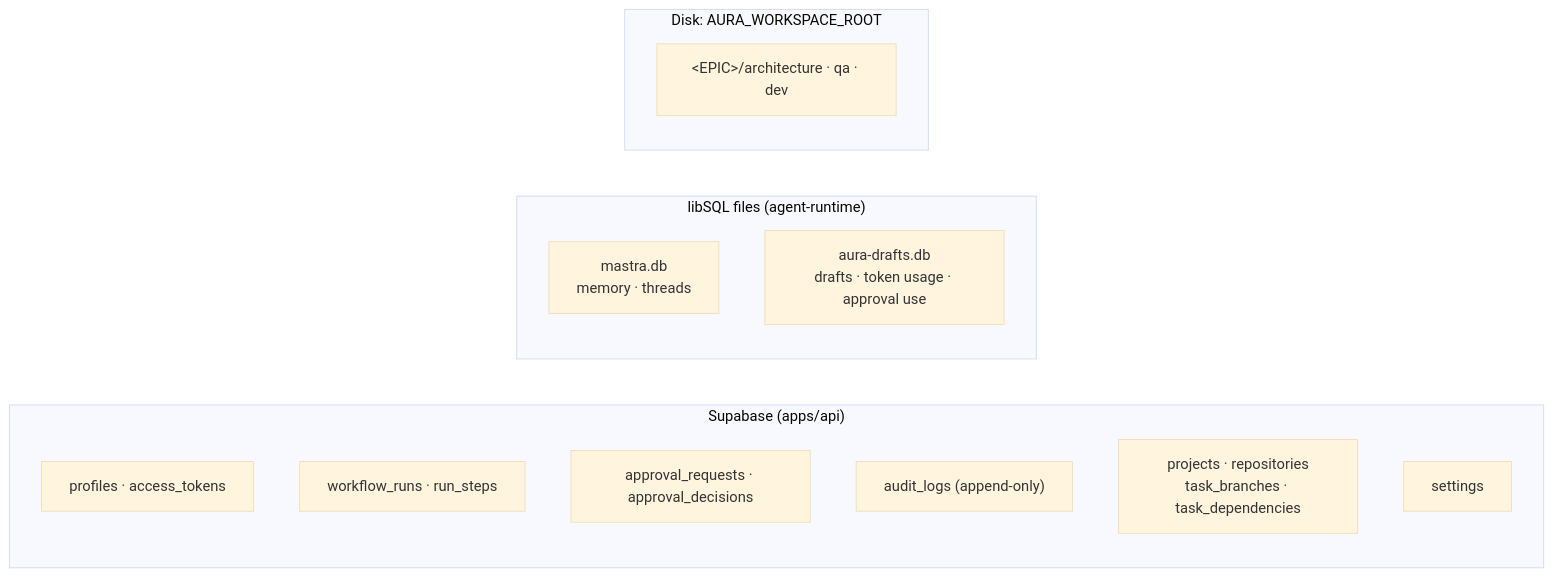
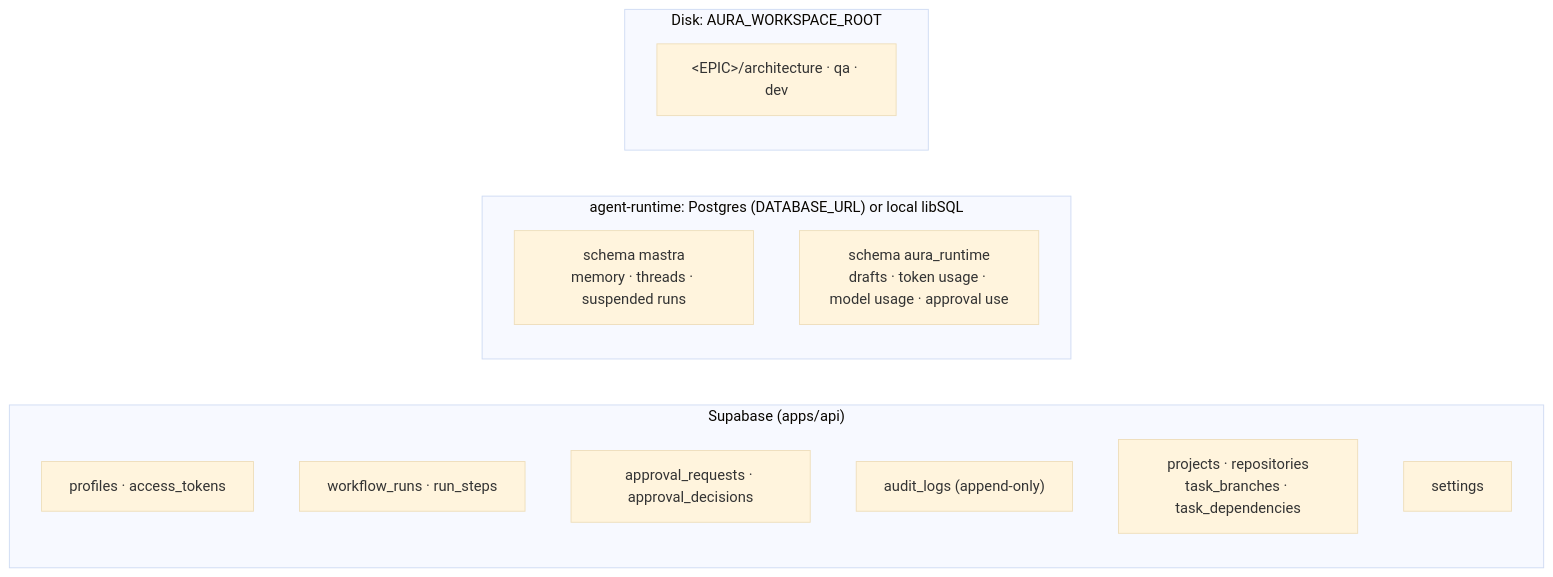
The seventh of 9 diagrams in docs/ARCHITECTURE.md (HasithaErandika/aura), drawn with Mermaid (base theme) before and after one commit. The commit also changed other lines of this file and 27 other files, not shown here.

First line of the commit message:
feat: runtime state in Postgres (Part B); remove the aura CLI

````diff
--- a/docs/ARCHITECTURE.md
+++ b/docs/ARCHITECTURE.md
@@ -234,18 +230,18 @@
 ```mermaid
 flowchart LR
     subgraph SUPA["Supabase (apps/api)"]
         A["profiles · access_tokens"]
         B["workflow_runs · run_steps"]
         C["approval_requests · approval_decisions"]
         D["audit_logs (append-only)"]
         E["projects · repositories<br/>task_branches · task_dependencies"]
         S["settings"]
     end
-    subgraph LOCAL["libSQL files (agent-runtime)"]
-        F["mastra.db<br/>memory · threads"]
-        G["aura-drafts.db<br/>drafts · token usage · approval use"]
+    subgraph RTDB["agent-runtime: Postgres (DATABASE_URL) or local libSQL"]
+        F["schema mastra<br/>memory · threads · suspended runs"]
+        G["schema aura_runtime<br/>drafts · token usage · model usage · approval use"]
     end
     subgraph FS["Disk: AURA_WORKSPACE_ROOT"]
         H["&lt;EPIC&gt;/architecture · qa · dev"]
     end
 ```
````
